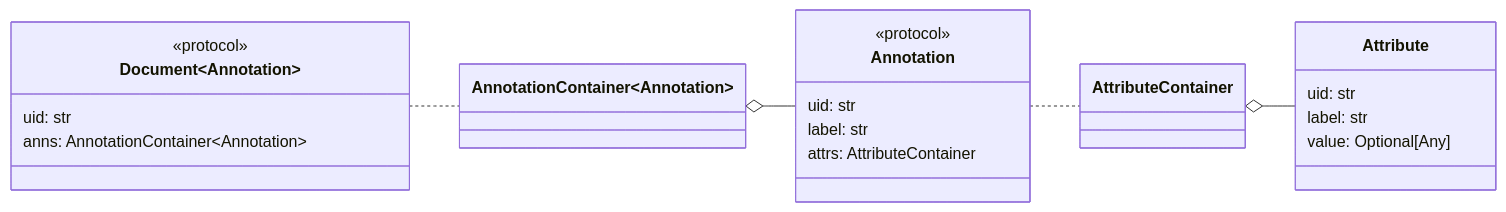
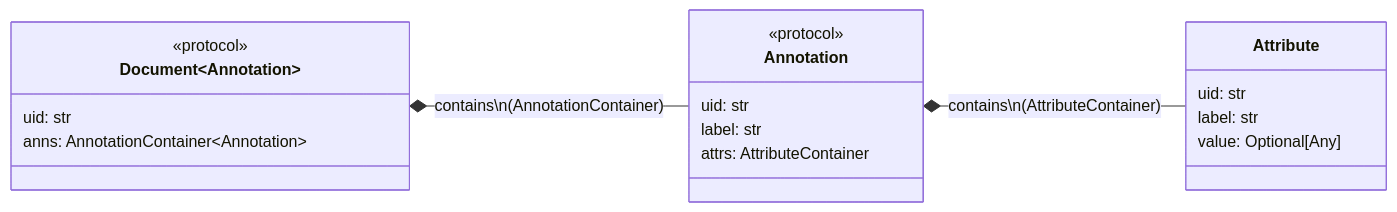
The diagram in docs/api/core.md (TeamHeka/medkit), drawn with Mermaid before and after one commit. The commit also changed other lines of this file and 2 other files, not shown here.

````diff
--- a/docs/api/core.md
+++ b/docs/api/core.md
@@ -27,31 +28,25 @@
 ```{mermaid}
 :align: center
 :caption: Core protocols and classes
 
 classDiagram
     direction LR
     class Document~Annotation~{
         <<protocol>>
         uid: str
         anns: AnnotationContainer~Annotation~
-    }
-    class AnnotationContainer~Annotation~{
     }
     class Annotation{
         <<protocol>>
         uid: str
         label: str
         attrs: AttributeContainer
     }
     class Attribute{
         uid: str
         label: str
         value: Optional[Any]
     }
-    class AttributeContainer{
-    }
-    Document .. AnnotationContainer
-    AnnotationContainer o-- Annotation
-    AttributeContainer o-- Attribute
-    Annotation .. AttributeContainer
+    Document *-- Annotation : contains\n(AnnotationContainer)
+    Annotation *-- Attribute : contains\n(AttributeContainer)
 ```
````
